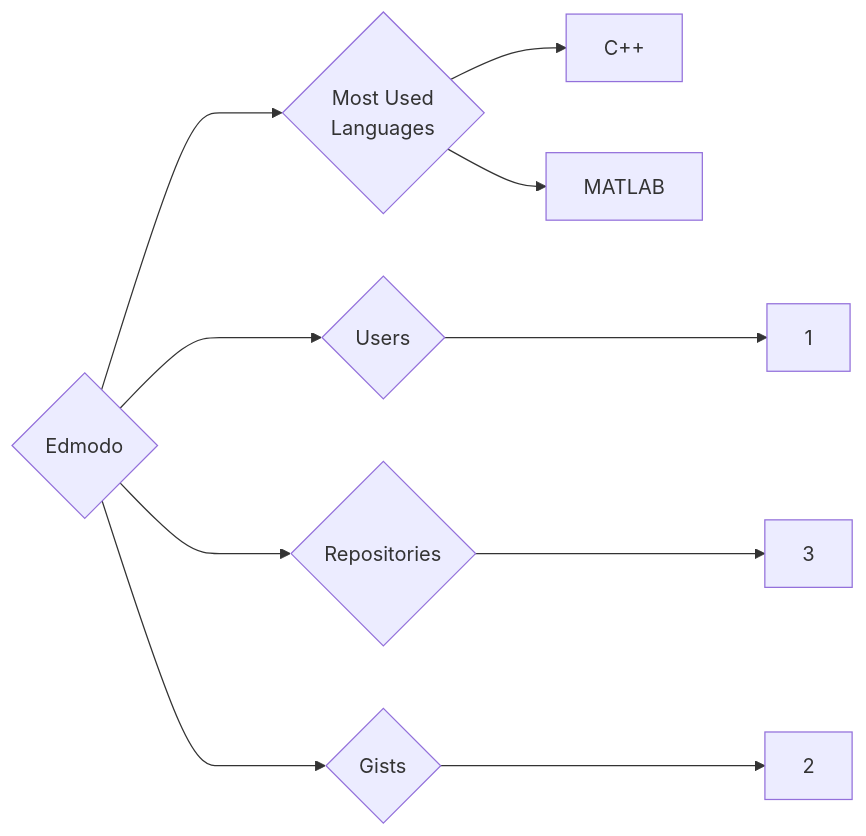
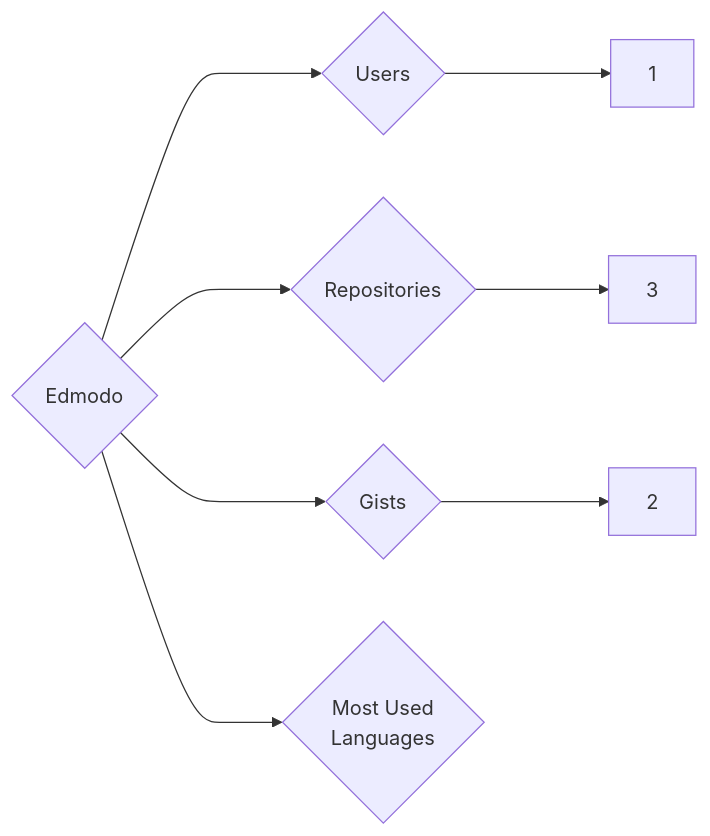
The diagram in targets/Edmodo/README.md (trickest/insiders), drawn with Mermaid before and after one commit. The commit also changed 636 other files, not shown here.

````diff
--- a/targets/Edmodo/README.md
+++ b/targets/Edmodo/README.md
@@ -3,10 +3,8 @@
 ```mermaid
 graph LR
 COMPANY_NAME{Edmodo}
 COMPANY_NAME ---> U{Users} ---> UN[1]
 COMPANY_NAME ---> R{Repositories} ---> RN[3]
 COMPANY_NAME ---> G{Gists} ---> GN[2]
 COMPANY_NAME ---> ML{Most Used<br>Languages}
-ML --> C++[C++]
-ML --> MATLAB[MATLAB]
 ```
````
